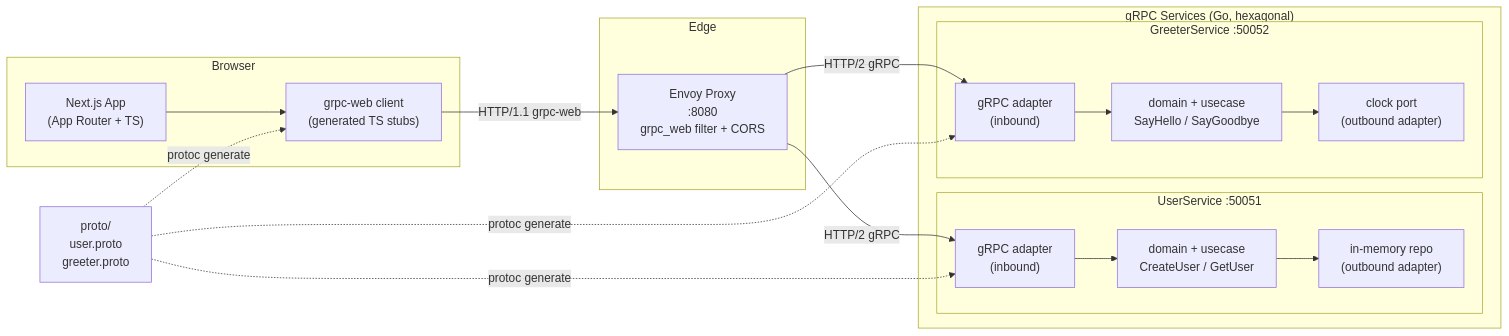
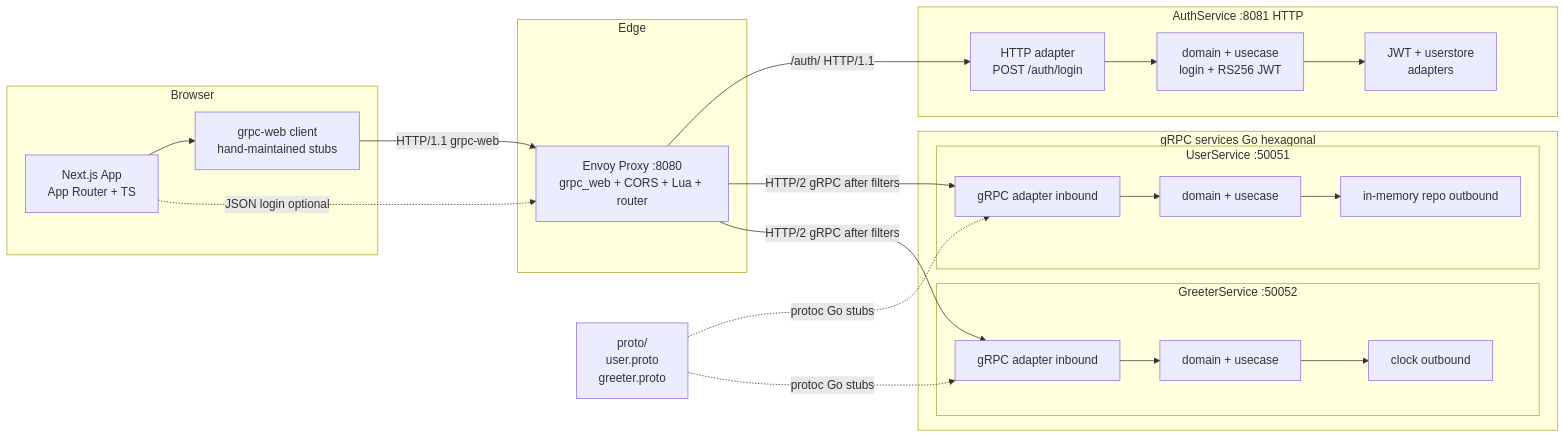
The diagram in docs/architecture.md (hrmeetsingh/grpc-envoy), drawn with Mermaid before and after one commit. The commit also changed other lines of this file and 2 other files, not shown here.

````diff
--- a/docs/architecture.md
+++ b/docs/architecture.md
@@ -5,36 +5,48 @@
 ```mermaid
 flowchart LR
   subgraph browser["Browser"]
-    nextApp["Next.js App<br/>(App Router + TS)"]
-    grpcWebClient["grpc-web client<br/>(generated TS stubs)"]
+    nextApp["Next.js App<br/>App Router + TS"]
+    grpcWebClient["grpc-web client<br/>hand-maintained stubs"]
   end
 
   subgraph edge["Edge"]
-    envoy["Envoy Proxy<br/>:8080<br/>grpc_web filter + CORS"]
+    envoy["Envoy Proxy :8080<br/>grpc_web + CORS + Lua + router"]
   end
 
-  subgraph services["gRPC Services (Go, hexagonal)"]
+  subgraph authSvc["AuthService :8081 HTTP"]
+    authHTTP["HTTP adapter<br/>POST /auth/login"]
+    authCore["domain + usecase<br/>login + RS256 JWT"]
+    authJWT["JWT + userstore<br/>adapters"]
+  end
+
+  subgraph grpcStack["gRPC services Go hexagonal"]
     subgraph userSvc["UserService :50051"]
-      userAdapter["gRPC adapter<br/>(inbound)"]
-      userCore["domain + usecase<br/>CreateUser / GetUser"]
-      userRepo["in-memory repo<br/>(outbound adapter)"]
+      userAdapter["gRPC adapter inbound"]
+      userCore["domain + usecase"]
+      userRepo["in-memory repo outbound"]
     end
     subgraph greeterSvc["GreeterService :50052"]
-      greeterAdapter["gRPC adapter<br/>(inbound)"]
-      greeterCore["domain + usecase<br/>SayHello / SayGoodbye"]
-      greeterClock["clock port<br/>(outbound adapter)"]
+      greeterAdapter["gRPC adapter inbound"]
+      greeterCore["domain + usecase"]
+      greeterClock["clock outbound"]
     end
   end
 
   protoFiles["proto/<br/>user.proto<br/>greeter.proto"]
 
   nextApp --> grpcWebClient
+  nextApp -. "JSON login optional" .-> envoy
+
   grpcWebClient -- "HTTP/1.1 grpc-web" --> envoy
-  envoy -- "HTTP/2 gRPC" --> userAdapter
-  envoy -- "HTTP/2 gRPC" --> greeterAdapter
+  envoy -- "/auth/ HTTP/1.1" --> authHTTP
+  authHTTP --> authCore --> authJWT
+
+  envoy -- "HTTP/2 gRPC after filters" --> userAdapter
+  envoy -- "HTTP/2 gRPC after filters" --> greeterAdapter
+
   userAdapter --> userCore --> userRepo
   greeterAdapter --> greeterCore --> greeterClock
-  protoFiles -. "protoc generate" .-> userAdapter
-  protoFiles -. "protoc generate" .-> greeterAdapter
-  protoFiles -. "protoc generate" .-> grpcWebClient
+
+  protoFiles -. "protoc Go stubs" .-> userAdapter
+  protoFiles -. "protoc Go stubs" .-> greeterAdapter
 ```
````
